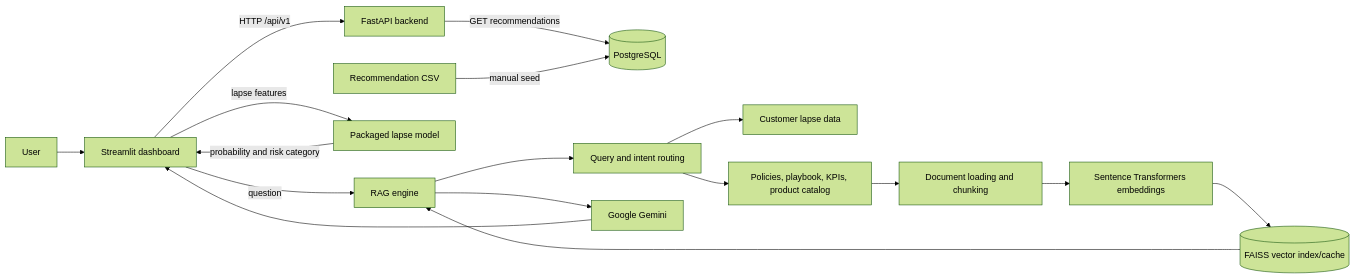
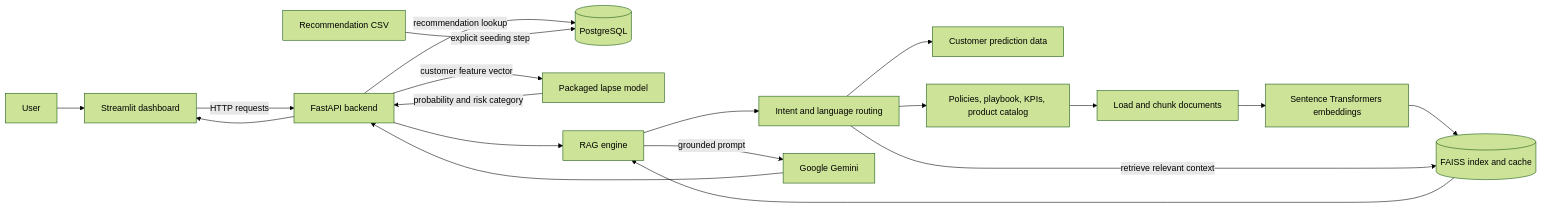
The second of 2 diagrams in README.md (haneenwaled/SIC-Graduation-project-), drawn with Mermaid (forest theme) before and after one commit. The commit also changed other lines of this file, not shown here.

Commit message:
feat: Update README with detailed repository structure, application flow, and component responsibilities

````diff
--- a/README.md
+++ b/README.md
@@ -18,19 +29,21 @@
 ```mermaid
 flowchart LR
-    U[User] --> UI[Streamlit dashboard]
-    UI -->|HTTP /api/v1| API[FastAPI backend]
-    API -->|GET recommendations| DB[(PostgreSQL)]
-    CSV[Recommendation CSV] -->|manual seed| DB
-    UI -->|lapse features| MODEL[Packaged lapse model]
-    MODEL -->|probability and risk category| UI
-    UI -->|question| RAG[ RAG engine ]
-    RAG --> ROUTER[Query and intent routing]
-    ROUTER --> CUSTOMER[Customer lapse data]
+    USER[User] --> UI[Streamlit dashboard]
+    UI -->|HTTP requests| API[FastAPI backend]
+    API -->|recommendation lookup| DB[(PostgreSQL)]
+    CSV[Recommendation CSV] -->|explicit seeding step| DB
+    API -->|customer feature vector| LAPSE[Packaged lapse model]
+    LAPSE -->|probability and risk category| API
+    API --> RAG[RAG engine]
+    RAG --> ROUTER[Intent and language routing]
+    ROUTER --> CUSTOMER[Customer prediction data]
     ROUTER --> DOCS[Policies, playbook, KPIs, product catalog]
-    DOCS --> CHUNK[Document loading and chunking]
+    DOCS --> CHUNK[Load and chunk documents]
     CHUNK --> EMB[Sentence Transformers embeddings]
-    EMB --> FAISS[(FAISS vector index/cache)]
-    FAISS --> RAG
-    RAG --> GEMINI[Google Gemini]
-    GEMINI --> UI
+    EMB --> INDEX[(FAISS index and cache)]
+    ROUTER -->|retrieve relevant context| INDEX
+    INDEX --> RAG
+    RAG -->|grounded prompt| GEMINI[Google Gemini]
+    GEMINI --> API
+    API --> UI
 ```
````
